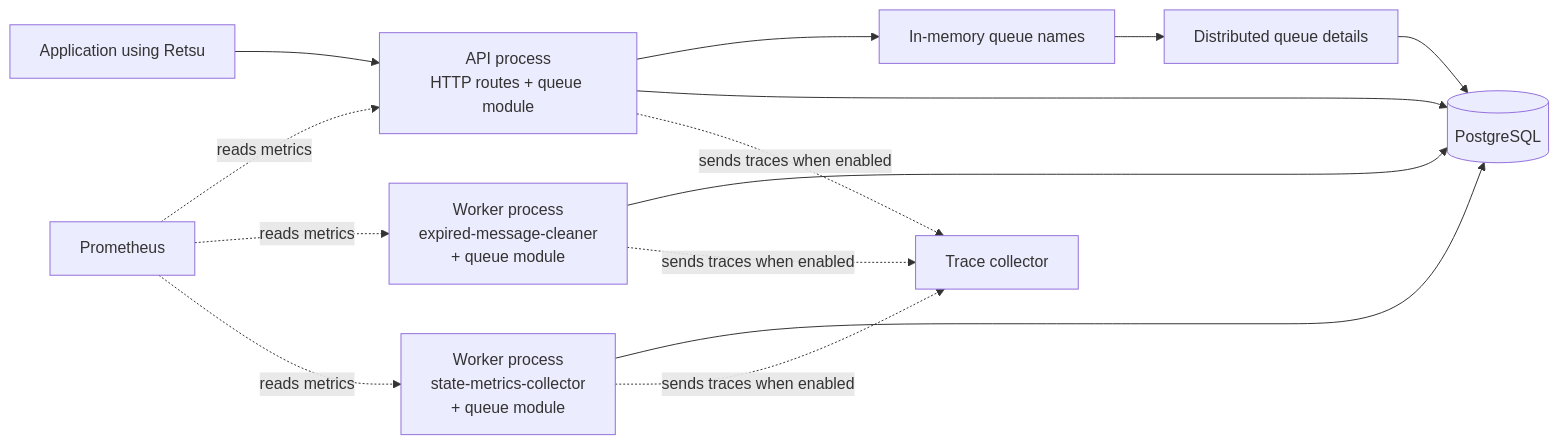
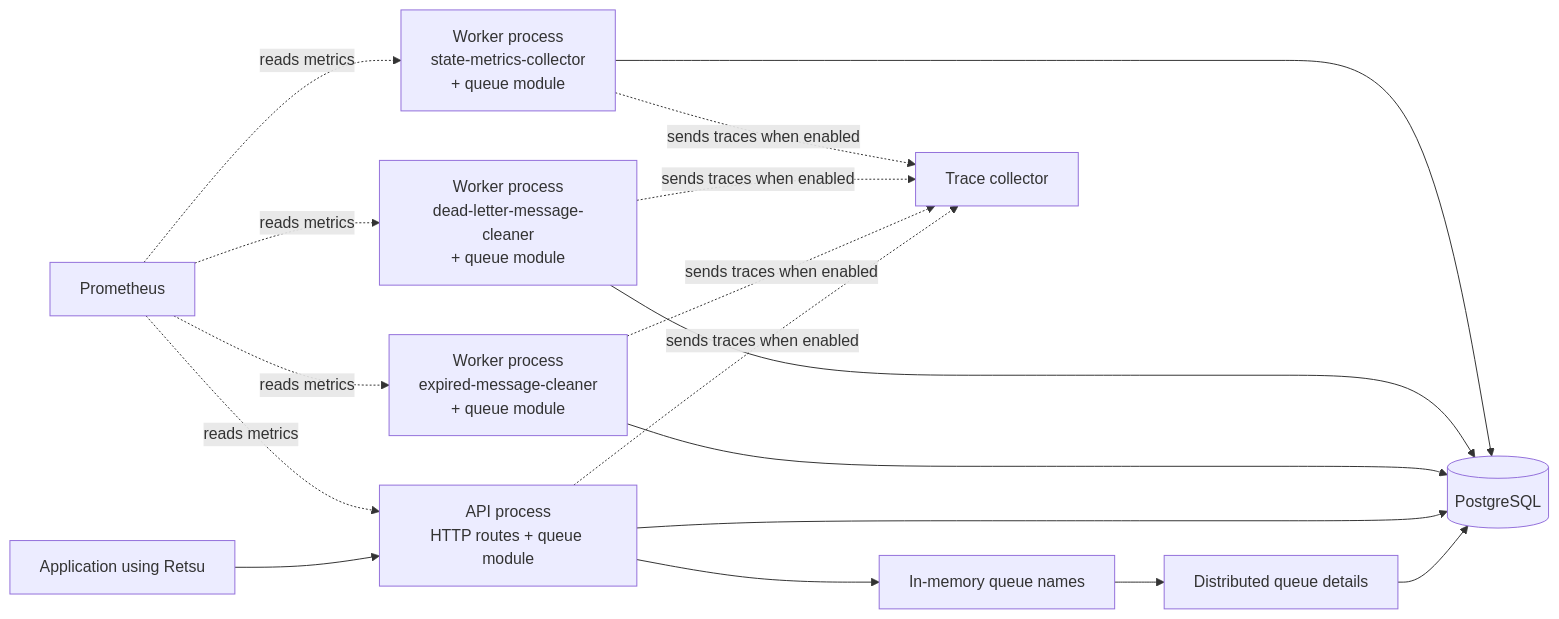
One commit to karanbalani/retsu changed the first of 2 diagrams in docs/architecture.md. Above: the diagram before and after it, drawn with Mermaid. The commit also changed other lines of this file and 7 other files, not shown here.

Commit message:
docs: align guides with current architecture

````diff
--- a/docs/architecture.md
+++ b/docs/architecture.md
@@ -9,16 +9,19 @@
 ```mermaid
 flowchart LR
     Client["Application using Retsu"] --> API["API process<br/>HTTP routes + queue module"]
     API --> Memory["In-memory queue names"]
     Memory --> Distributed["Distributed queue details"]
     Distributed --> Database[("PostgreSQL")]
+    API --> Database
     Cleaner["Worker process<br/>expired-message-cleaner<br/>+ queue module"] --> Database
+    DeadLetter["Worker process<br/>dead-letter-message-cleaner<br/>+ queue module"] --> Database
     State["Worker process<br/>state-metrics-collector<br/>+ queue module"] --> Database
-    API --> Database
     Prometheus["Prometheus"] -. "reads metrics" .-> API
     Prometheus -. "reads metrics" .-> Cleaner
+    Prometheus -. "reads metrics" .-> DeadLetter
     Prometheus -. "reads metrics" .-> State
     API -. "sends traces when enabled" .-> Collector["Trace collector"]
     Cleaner -. "sends traces when enabled" .-> Collector
+    DeadLetter -. "sends traces when enabled" .-> Collector
     State -. "sends traces when enabled" .-> Collector
 ```
````
